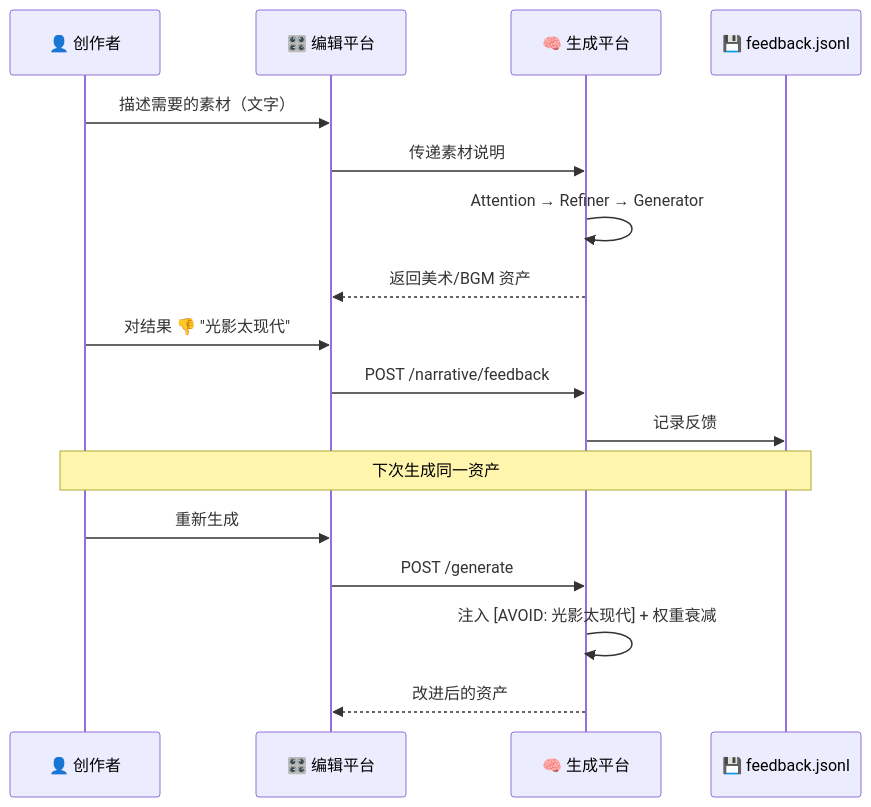
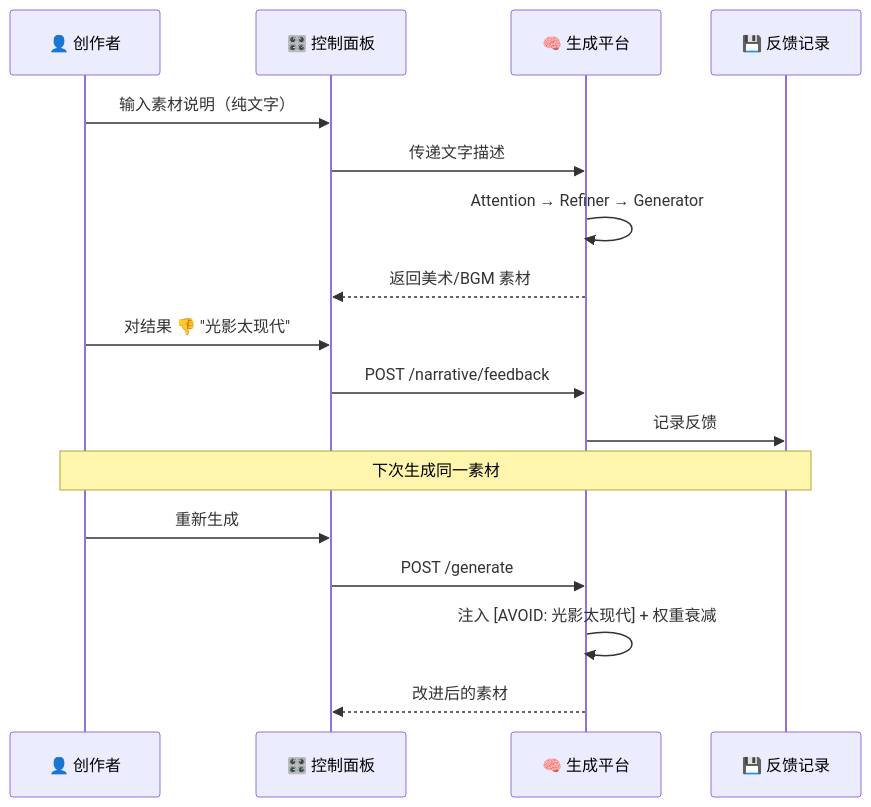
One commit to QUSETIONS/MultilinearNarrativeSystem changed the diagram in README.md. Above: the diagram before and after it, drawn with Mermaid. The commit also changed other lines of this file, not shown here.

````diff
--- a/README.md
+++ b/README.md
@@ -174,23 +169,23 @@
 ```mermaid
 sequenceDiagram
     participant C as 👤 创作者
-    participant E as 🎛️ 编辑平台
+    participant UI as 🎛️ 控制面板
     participant G as 🧠 生成平台
-    participant S as 💾 feedback.jsonl
+    participant S as 💾 反馈记录
 
-    C->>E: 描述需要的素材（文字）
-    E->>G: 传递素材说明
+    C->>UI: 输入素材说明（纯文字）
+    UI->>G: 传递文字描述
     G->>G: Attention → Refiner → Generator
-    G-->>E: 返回美术/BGM 资产
+    G-->>UI: 返回美术/BGM 素材
 
-    C->>E: 对结果 👎 "光影太现代"
-    E->>G: POST /narrative/feedback
+    C->>UI: 对结果 👎 "光影太现代"
+    UI->>G: POST /narrative/feedback
     G->>S: 记录反馈
 
-    Note over C,S: 下次生成同一资产
+    Note over C,S: 下次生成同一素材
 
-    C->>E: 重新生成
-    E->>G: POST /generate
+    C->>UI: 重新生成
+    UI->>G: POST /generate
     G->>G: 注入 [AVOID: 光影太现代] + 权重衰减
-    G-->>E: 改进后的资产
+    G-->>UI: 改进后的素材
 ```
````
